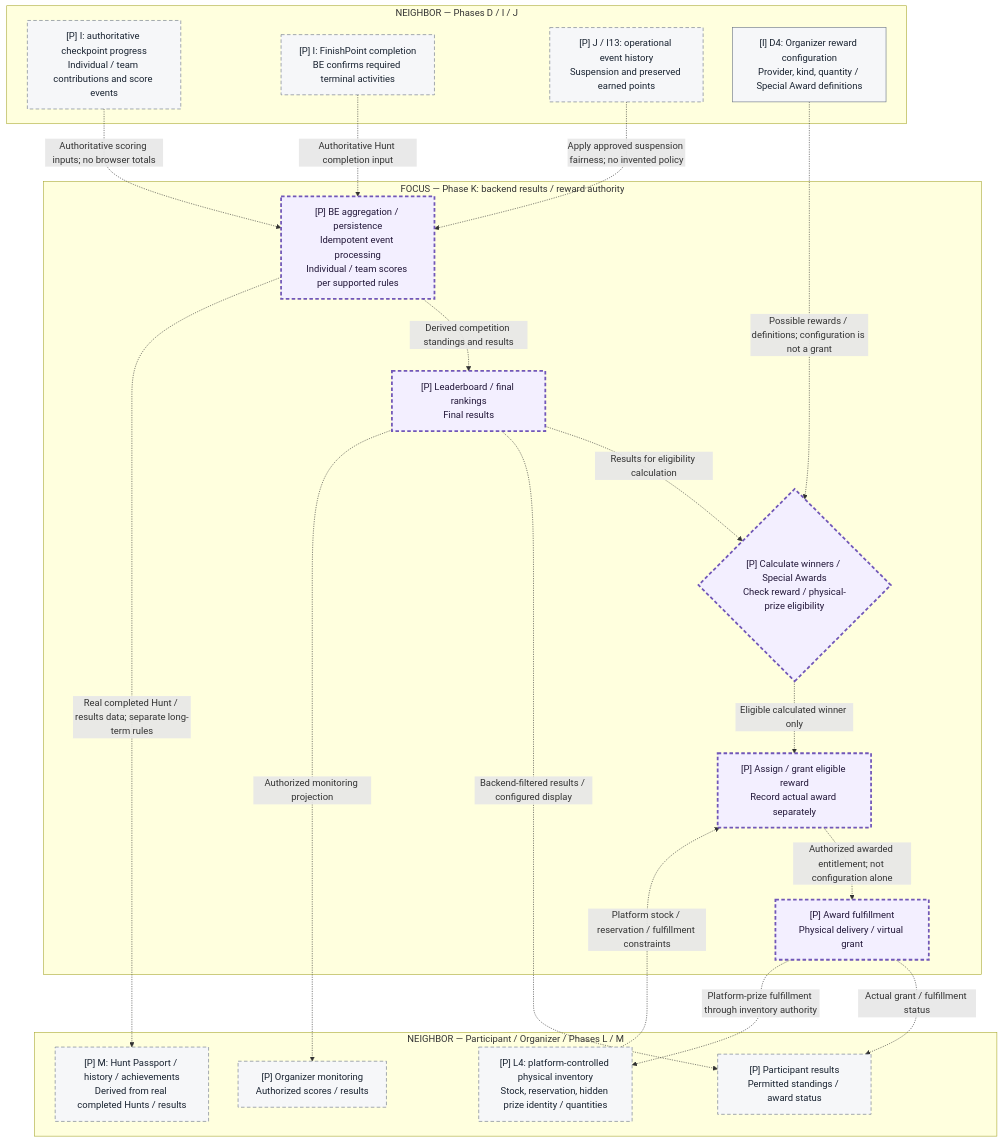
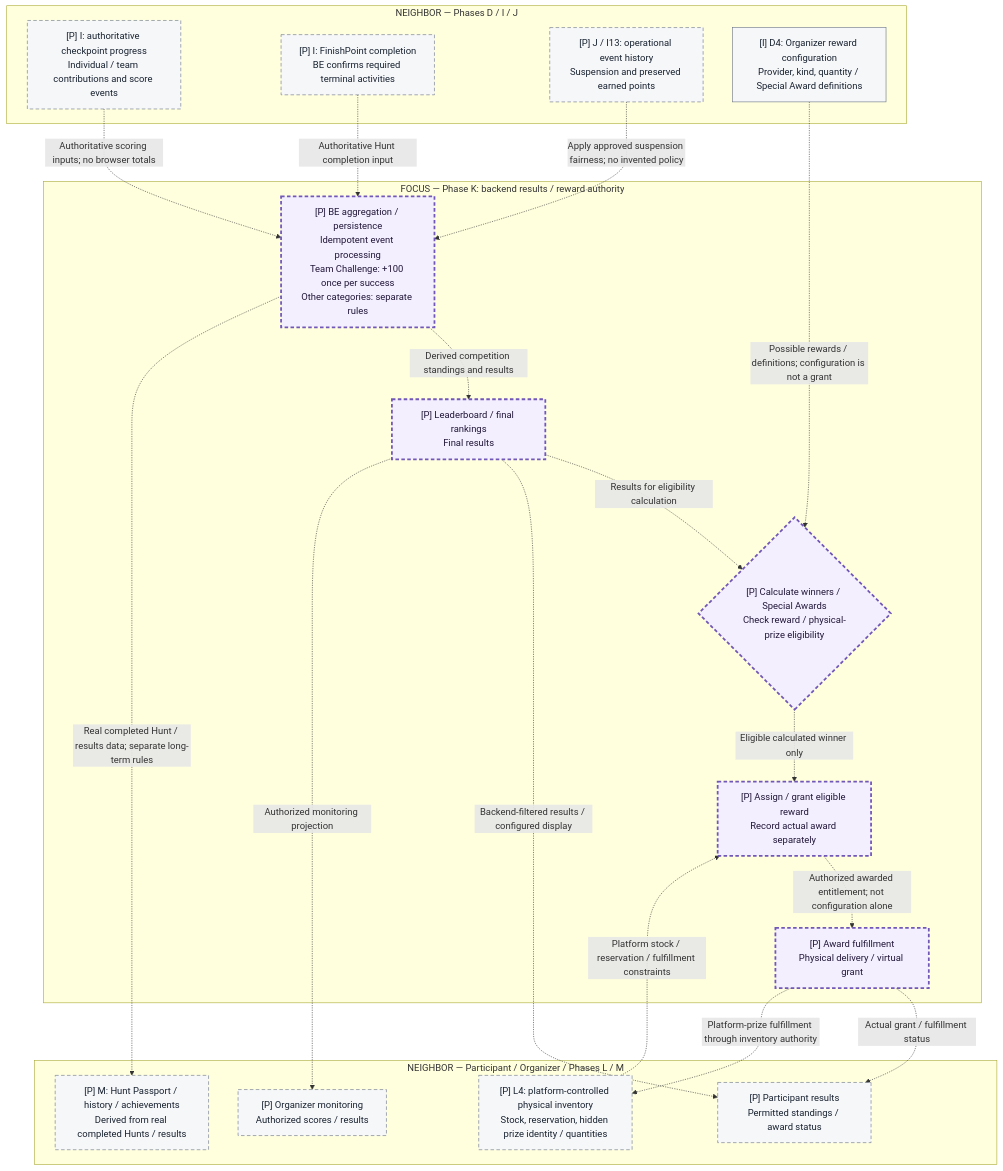
One commit to tedixdev-arch/Tedix_Hunt_FE changed diagram 16 of 19 in docs/TedixHunt_Prototype_Architecture_Implementation_Plan.md. Above: the diagram before and after it, drawn with Mermaid. The commit also changed other lines of this file and 1 other file, not shown here.

Commit message:
docs: finalize fixed 100-point Team Challenge scoring

````diff
--- a/docs/TedixHunt_Prototype_Architecture_Implementation_Plan.md
+++ b/docs/TedixHunt_Prototype_Architecture_Implementation_Plan.md
@@ -2338,42 +2342,42 @@
 ```mermaid
 flowchart TB
   subgraph inputs["NEIGHBOR — Phases D / I / J"]
     progress["[P] I: authoritative checkpoint progress<br/>Individual / team contributions and score events"]
     completion["[P] I: FinishPoint completion<br/>BE confirms required terminal activities"]
     operations["[P] J / I13: operational event history<br/>Suspension and preserved earned points"]
     config["[I] D4: Organizer reward configuration<br/>Provider, kind, quantity / Special Award definitions"]
   end
   subgraph technical["FOCUS — Phase K: backend results / reward authority"]
-    aggregate["[P] BE aggregation / persistence<br/>Idempotent event processing<br/>Individual / team scores per supported rules"]
+    aggregate["[P] BE aggregation / persistence<br/>Idempotent event processing<br/>Team Challenge: +100 once per success<br/>Other categories: separate rules"]
     rankings["[P] Leaderboard / final rankings<br/>Final results"]
     eligibility{"[P] Calculate winners / Special Awards<br/>Check reward / physical-prize eligibility"}
     assignment["[P] Assign / grant eligible reward<br/>Record actual award separately"]
     fulfillment["[P] Award fulfillment<br/>Physical delivery / virtual grant"]
     progress -.->|"Authoritative scoring inputs; no browser totals"| aggregate
     completion -.->|"Authoritative Hunt completion input"| aggregate
     operations -.->|"Apply approved suspension fairness; no invented policy"| aggregate
     aggregate -.->|"Derived competition standings and results"| rankings
     rankings -.->|"Results for eligibility calculation"| eligibility
     config -.->|"Possible rewards / definitions; configuration is not a grant"| eligibility
     eligibility -.->|"Eligible calculated winner only"| assignment
     assignment -.->|"Authorized awarded entitlement; not configuration alone"| fulfillment
   end
   subgraph consumers["NEIGHBOR — Participant / Organizer / Phases L / M"]
     participant["[P] Participant results<br/>Permitted standings / award status"]
     monitor["[P] Organizer monitoring<br/>Authorized scores / results"]
     inventory["[P] L4: platform-controlled physical inventory<br/>Stock, reservation, hidden prize identity / quantities"]
     passport["[P] M: Hunt Passport / history / achievements<br/>Derived from real completed Hunts / results"]
     rankings -.->|"Backend-filtered results / configured display"| participant
     rankings -.->|"Authorized monitoring projection"| monitor
     fulfillment -.->|"Actual grant / fulfillment status"| participant
     inventory -.->|"Platform stock / reservation / fulfillment constraints"| assignment
     fulfillment -.->|"Platform-prize fulfillment through inventory authority"| inventory
     aggregate -.->|"Real completed Hunt / results data; separate long-term rules"| passport
   end
   classDef focus fill:#F3EFFF,stroke:#7157B8,stroke-width:3px,color:#211638;
   classDef neighbor fill:#F6F7F9,stroke:#667085,stroke-width:1px,color:#182230;
   classDef planned stroke-dasharray:6 4;
   class aggregate,rankings,eligibility,assignment,fulfillment focus;
   class progress,completion,operations,config,participant,monitor,inventory,passport neighbor;
   class progress,completion,operations,aggregate,rankings,eligibility,assignment,fulfillment,participant,monitor,inventory,passport planned;
 ```
````
